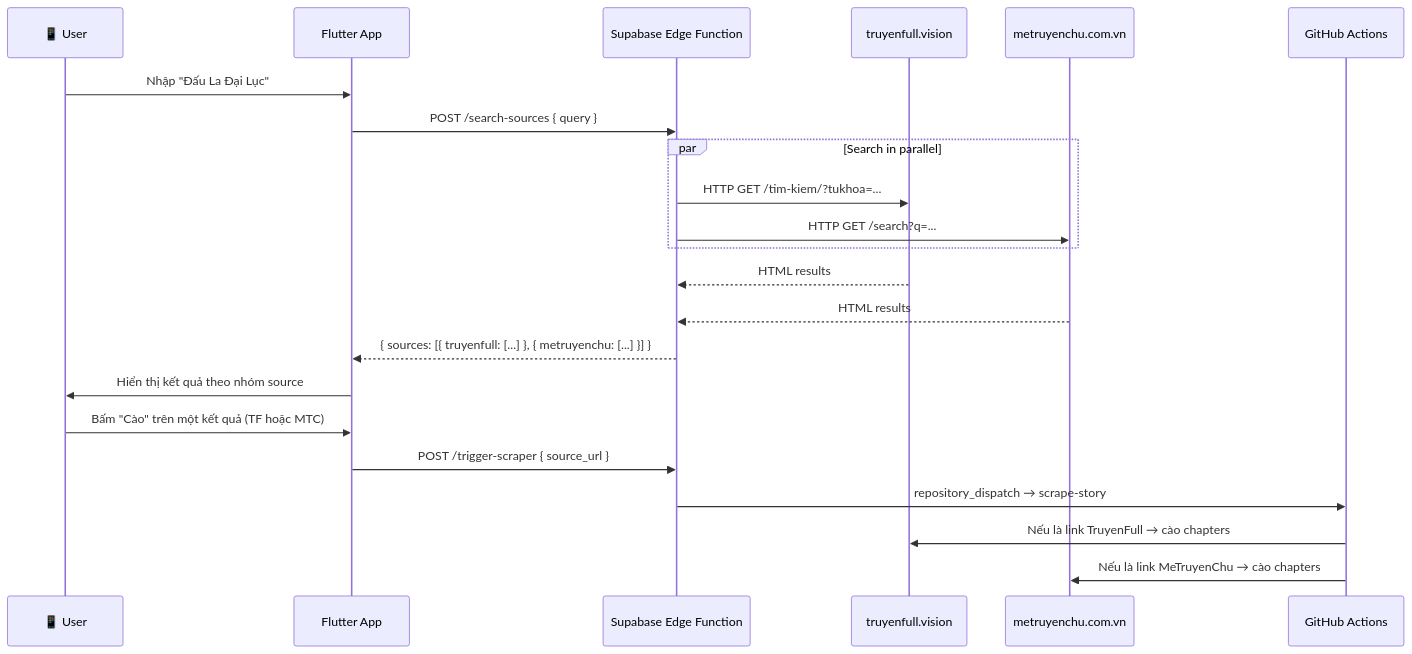
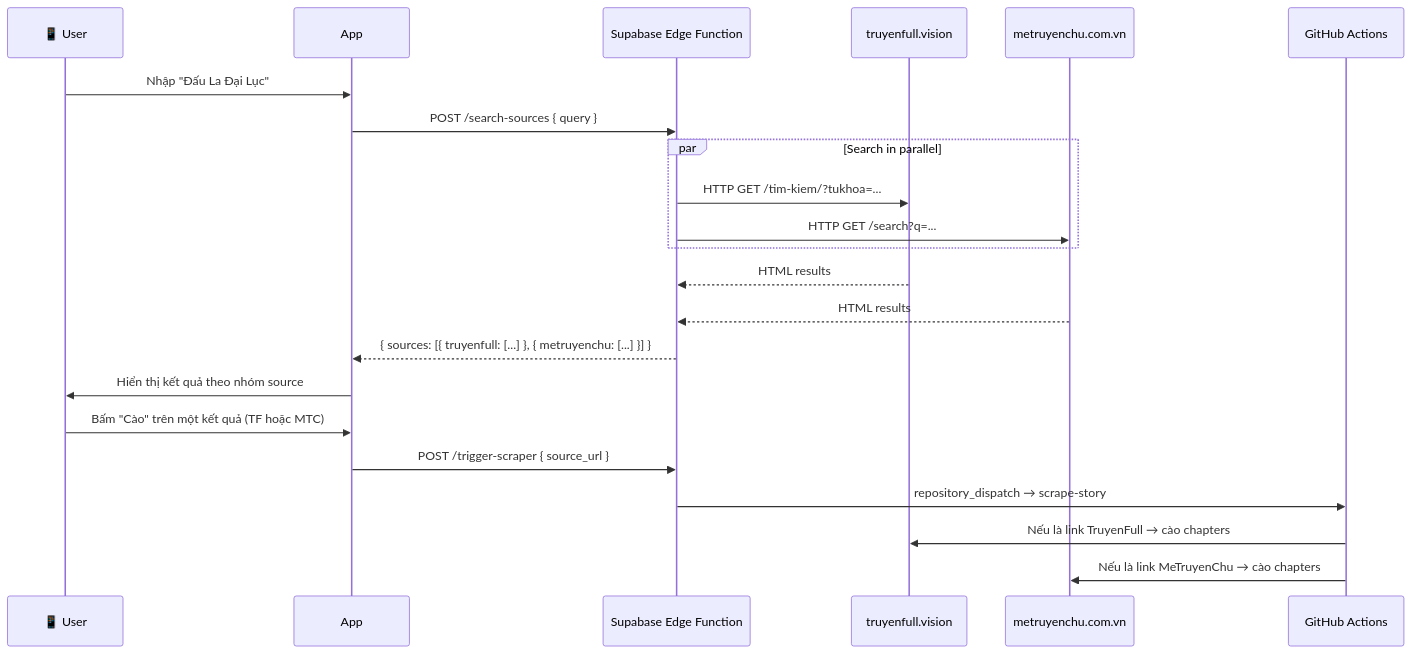
One commit to BinhTHB/reader-hub changed the second of 2 diagrams in CONTEXT.md. Above: the diagram before and after it, drawn with Mermaid. The commit also changed other lines of this file and 1 other file, not shown here.

````diff
--- a/CONTEXT.md
+++ b/CONTEXT.md
@@ -64,25 +64,25 @@
 ```mermaid
 sequenceDiagram
     participant User as 📱 User
-    participant App as Flutter App
+    participant App as App
     participant EF as Supabase Edge Function
     participant TF as truyenfull.vision
     participant MTC as metruyenchu.com.vn
     participant GA as GitHub Actions
 
     User->>App: Nhập "Đấu La Đại Lục"
     App->>EF: POST /search-sources { query }
     par Search in parallel
         EF->>TF: HTTP GET /tim-kiem/?tukhoa=...
         EF->>MTC: HTTP GET /search?q=...
     end
     TF-->>EF: HTML results
     MTC-->>EF: HTML results
     EF-->>App: { sources: [{ truyenfull: [...] }, { metruyenchu: [...] }] }
     App->>User: Hiển thị kết quả theo nhóm source
     User->>App: Bấm "Cào" trên một kết quả (TF hoặc MTC)
     App->>EF: POST /trigger-scraper { source_url }
     EF->>GA: repository_dispatch → scrape-story
     GA->>TF: Nếu là link TruyenFull → cào chapters
     GA->>MTC: Nếu là link MeTruyenChu → cào chapters
 ```
````
